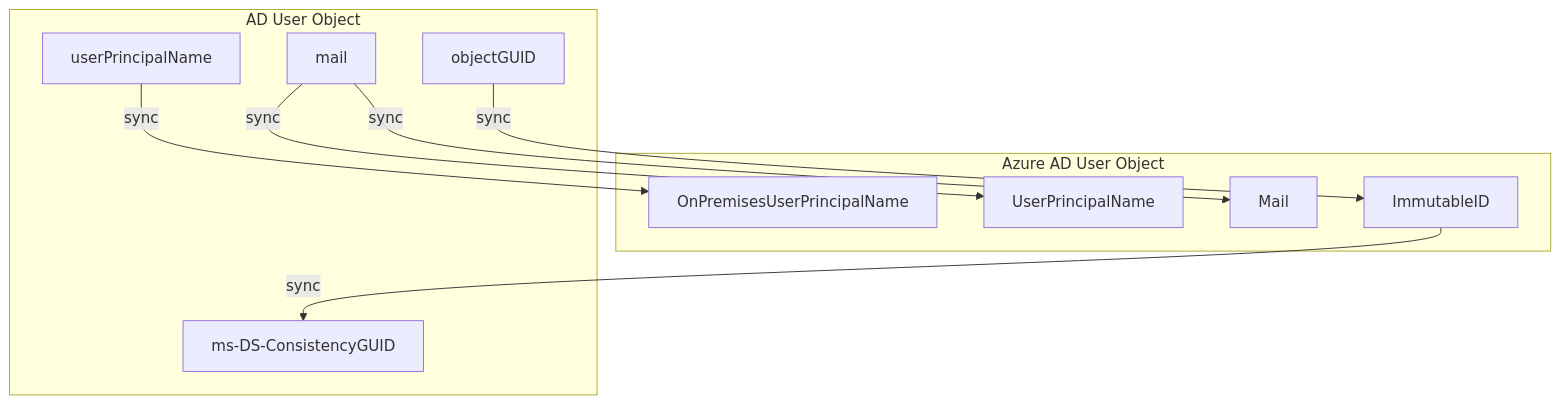
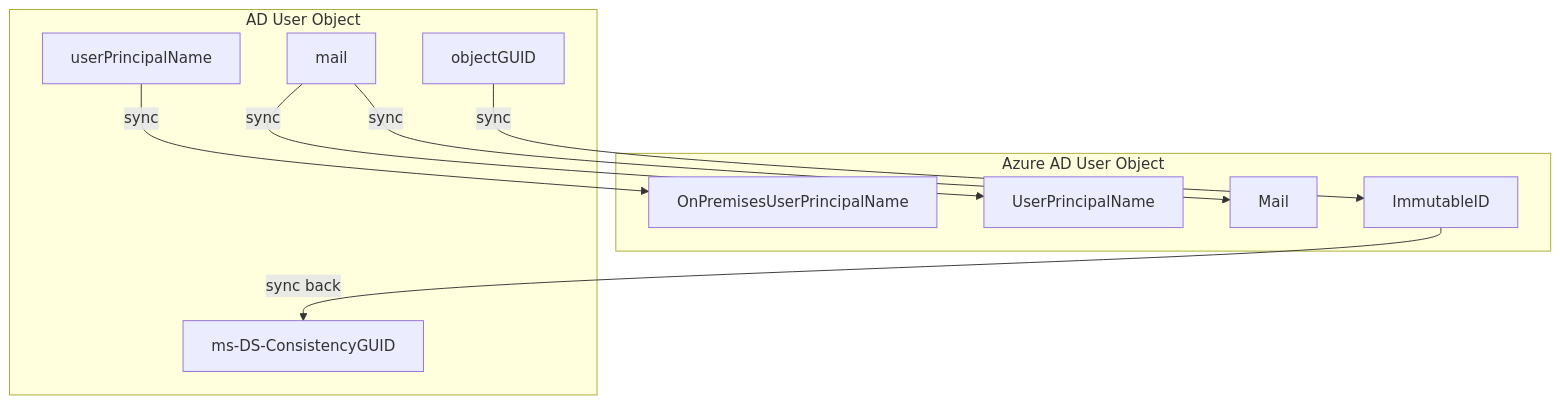
Before and after one commit to amasse3/AzureAD-Baseline-MLZ: the diagram in doc/AAD-CertificateBasedAuthentication-DODPKI.md, drawn with Mermaid.

`````diff
--- a/doc/AAD-CertificateBasedAuthentication-DODPKI.md
+++ b/doc/AAD-CertificateBasedAuthentication-DODPKI.md
@@ -28,21 +28,21 @@
 ````mermaid
 flowchart TD
     subgraph Azure AD User Object
     UserPrincipalName
     OnPremisesUserPrincipalName
     Mail
     ImmutableID
     end
     subgraph AD User Object
     userPrincipalName
     mail
     ms-DS-ConsistencyGUID
     objectGUID
     end
     userPrincipalName--sync-->OnPremisesUserPrincipalName
     mail--sync-->UserPrincipalName
     mail--sync-->Mail
-    ImmutableID--sync-->ms-DS-ConsistencyGUID
+    ImmutableID--sync back-->ms-DS-ConsistencyGUID
     objectGUID--sync-->ImmutableID
     
 ````
`````
